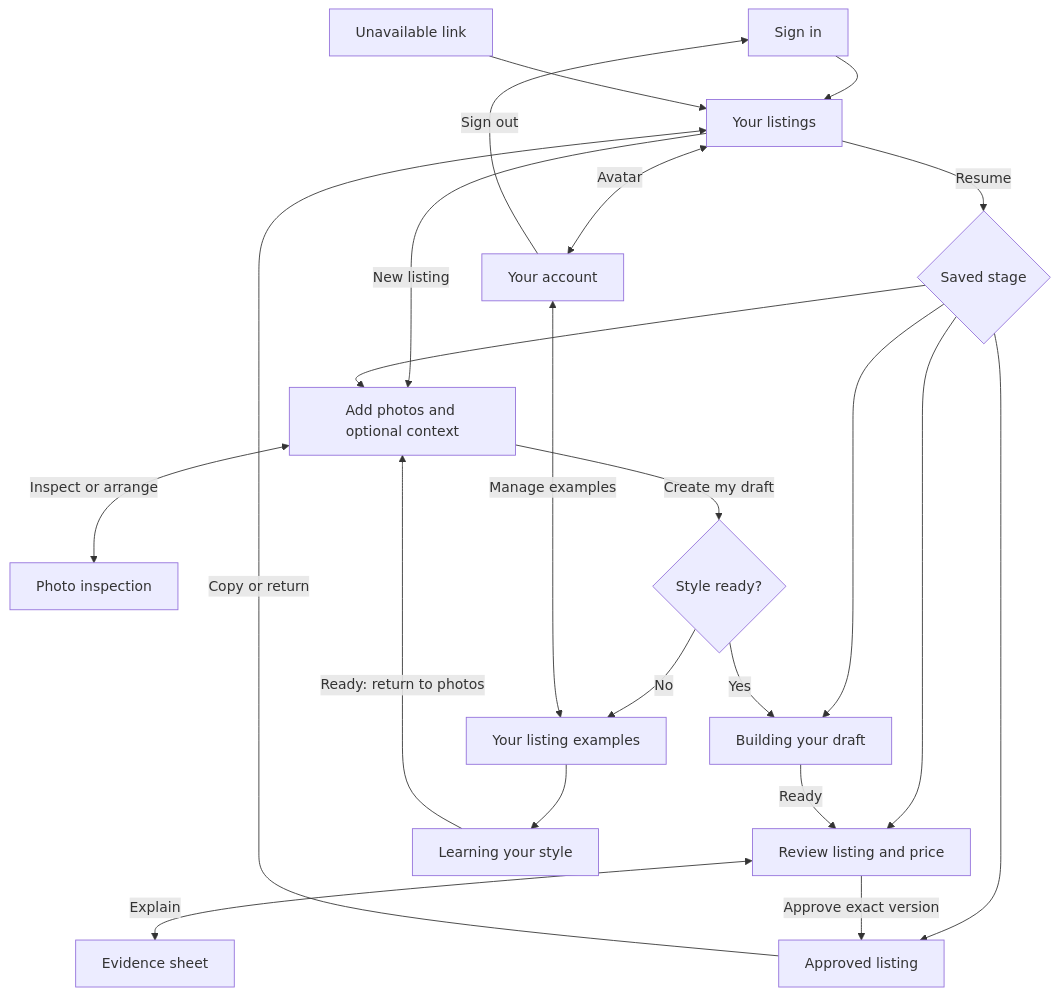
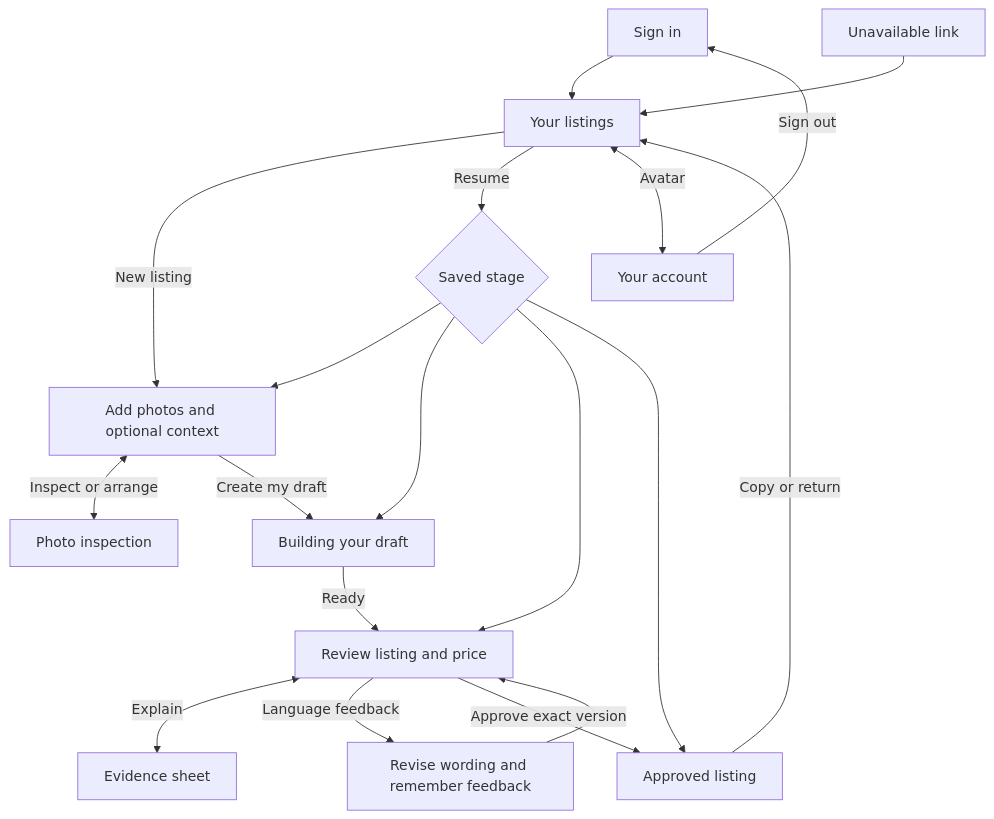
Before and after one commit to anicolao/vintage: the diagram in UX_DESIGN.md, drawn with Mermaid. The commit also changed other lines of this file and 80 other files, not shown here.

Commit message:
Replace style onboarding with real generation and remembered language feedback

````diff
--- a/UX_DESIGN.md
+++ b/UX_DESIGN.md
@@ -19,24 +19,21 @@
 ```mermaid
 flowchart TD
     SignIn[Sign in] --> Listings[Your listings]
     Listings -->|New listing| Photos[Add photos and optional context]
     Listings -->|Resume| Resume{Saved stage}
     Resume --> Photos
     Resume --> Build[Building your draft]
     Resume --> Review[Review listing and price]
     Resume --> Approved[Approved listing]
     Photos <-->|Inspect or arrange| Inspect[Photo inspection]
-    Photos -->|Create my draft| Style{Style ready?}
-    Style -->|Yes| Build
-    Style -->|No| Examples[Your listing examples]
-    Examples --> Learn[Learning your style]
-    Learn -->|Ready: return to photos| Photos
+    Photos -->|Create my draft| Build
     Build -->|Ready| Review
     Review <-->|Explain| Evidence[Evidence sheet]
+    Review -->|Language feedback| Revise[Revise wording and remember feedback]
+    Revise --> Review
     Review -->|Approve exact version| Approved
     Approved -->|Copy or return| Listings
     Listings <-->|Avatar| Account[Your account]
-    Account <-->|Manage examples| Examples
     Account -->|Sign out| SignIn
     Recovery[Unavailable link] --> Listings
 ```
````
